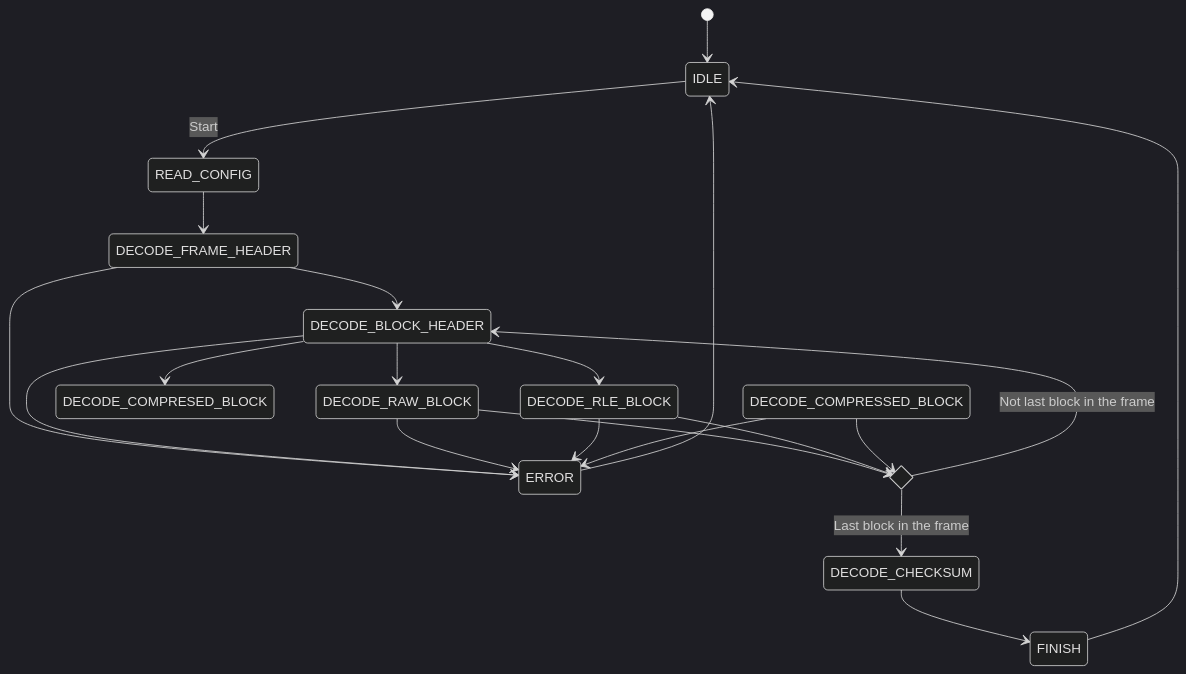
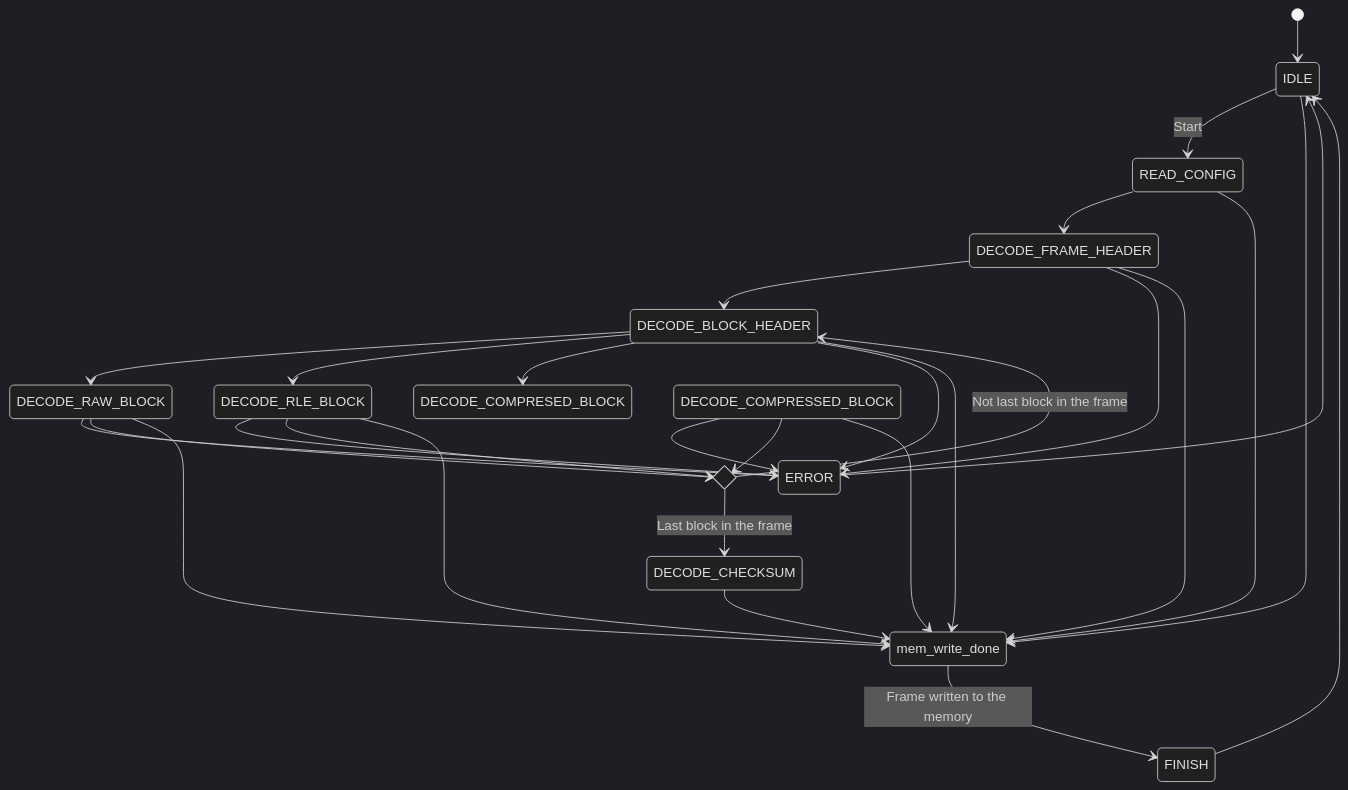
Before and after one commit to google/xls: the diagram in xls/modules/zstd/README.md, drawn with Mermaid (dark theme). The commit also changed other lines of this file and 2 other files, not shown here.

````diff
--- a/xls/modules/zstd/README.md
+++ b/xls/modules/zstd/README.md
@@ -113,34 +111,44 @@
 ```mermaid
 stateDiagram
     [*] --> IDLE
 
     IDLE --> READ_CONFIG: Start
+    IDLE --> mem_write_done
 
     READ_CONFIG --> DECODE_FRAME_HEADER
+    READ_CONFIG --> mem_write_done
 
     DECODE_FRAME_HEADER --> DECODE_BLOCK_HEADER
     DECODE_FRAME_HEADER --> ERROR
+    DECODE_FRAME_HEADER --> mem_write_done
 
     DECODE_BLOCK_HEADER --> DECODE_RAW_BLOCK
     DECODE_BLOCK_HEADER --> DECODE_RLE_BLOCK
     DECODE_BLOCK_HEADER --> DECODE_COMPRESED_BLOCK
     DECODE_BLOCK_HEADER --> ERROR
+    DECODE_BLOCK_HEADER --> mem_write_done
 
     state if_block_last <<choice>>
     DECODE_RAW_BLOCK --> ERROR
     DECODE_RAW_BLOCK --> if_block_last
+    DECODE_RAW_BLOCK --> mem_write_done
 
     DECODE_RLE_BLOCK --> ERROR
     DECODE_RLE_BLOCK --> if_block_last
+    DECODE_RLE_BLOCK --> mem_write_done
 
     DECODE_COMPRESSED_BLOCK --> ERROR
     DECODE_COMPRESSED_BLOCK --> if_block_last
+    DECODE_COMPRESSED_BLOCK --> mem_write_done
 
     if_block_last --> DECODE_BLOCK_HEADER: Not last block in the frame
     if_block_last --> DECODE_CHECKSUM: Last block in the frame
 
-    DECODE_CHECKSUM --> FINISH
+    DECODE_CHECKSUM --> mem_write_done
+
+    state mem_write_done <<choice>>
+    mem_write_done --> FINISH: Frame written to the memory
 
     FINISH --> IDLE
     ERROR --> IDLE
 ```
````
